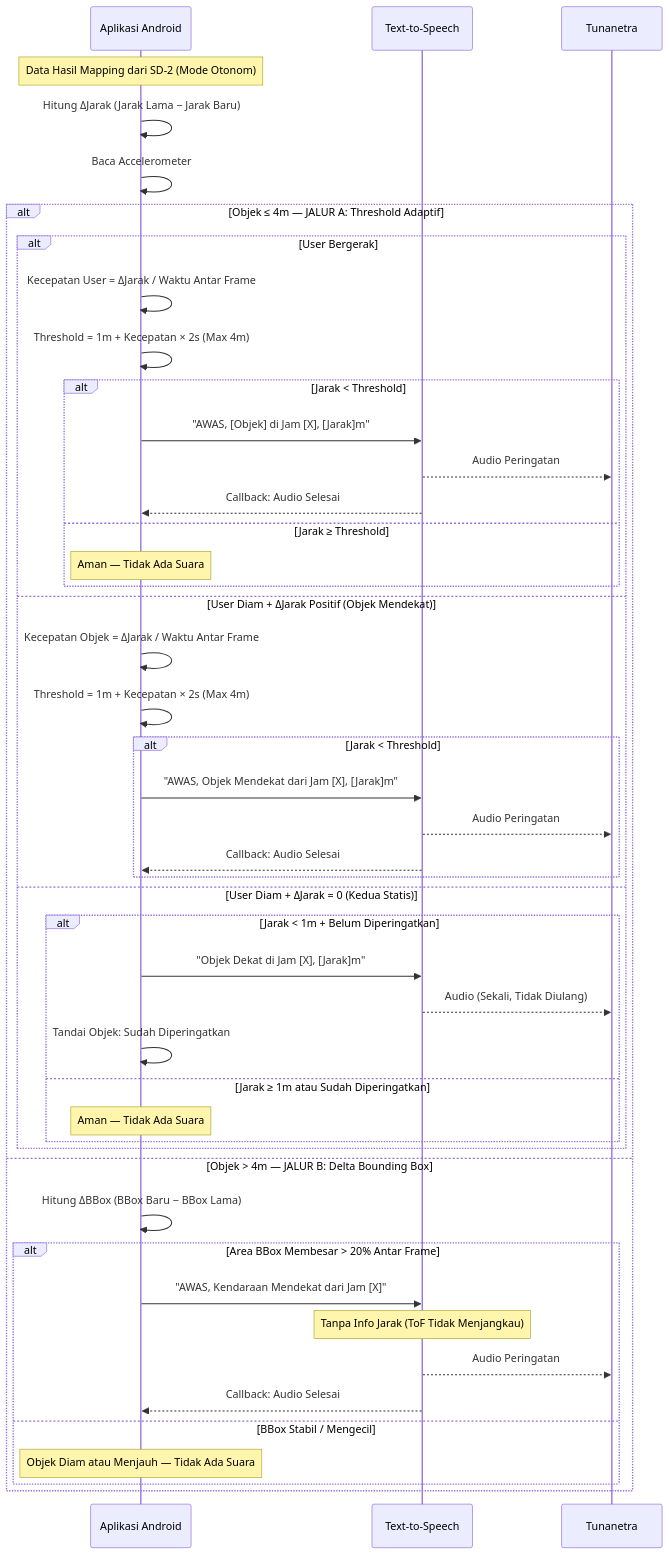
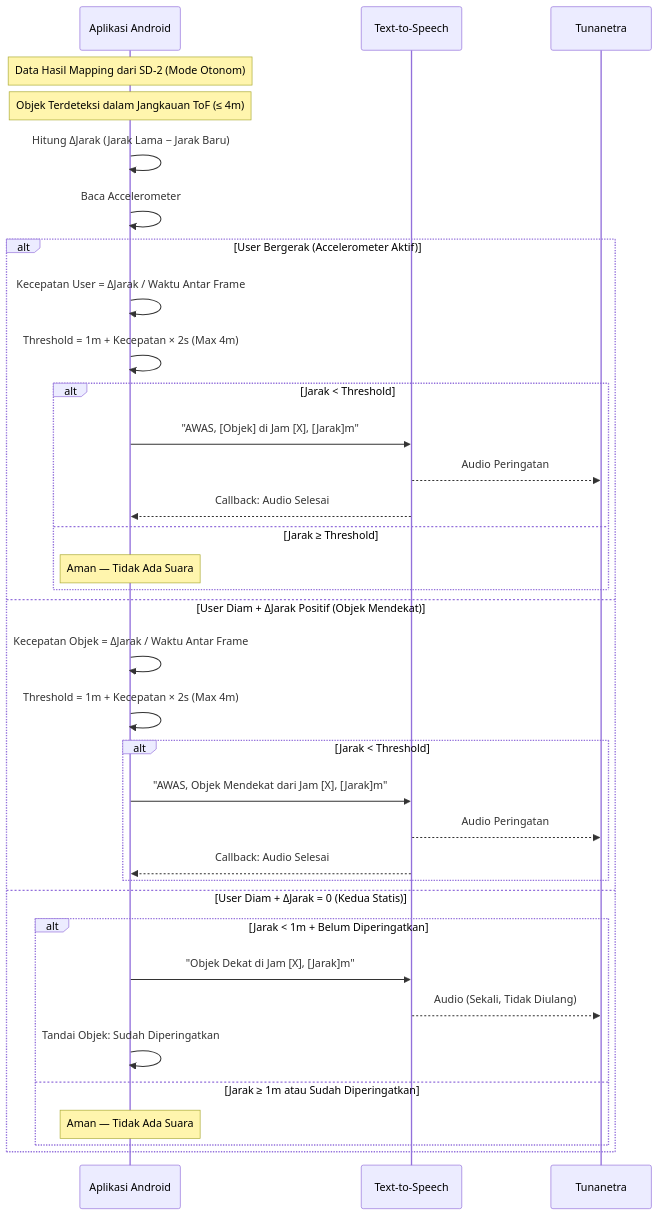
The fifth of 10 diagrams in sequence-diagram.md (aan-andiyanaS/draf), drawn with Mermaid before and after one commit. The commit also changed other lines of this file, not shown here.

Commit message:
edir sequrnce diagram

````diff
--- a/sequence-diagram.md
+++ b/sequence-diagram.md
@@ -359,53 +359,42 @@
 ```mermaid
 sequenceDiagram
     participant App as Aplikasi Android
     participant TTS as Text-to-Speech
     participant TN as Tunanetra
 
     Note over App: Data Hasil Mapping dari SD-2 (Mode Otonom)
+    Note over App: Objek Terdeteksi dalam Jangkauan ToF (≤ 4m)
+
     App->>App: Hitung ΔJarak (Jarak Lama − Jarak Baru)
     App->>App: Baca Accelerometer
 
-    alt Objek ≤ 4m — JALUR A: Threshold Adaptif
-        alt User Bergerak
-            App->>App: Kecepatan User = ΔJarak / Waktu Antar Frame
-            App->>App: Threshold = 1m + Kecepatan × 2s (Max 4m)
-            alt Jarak < Threshold
-                App->>TTS: "AWAS, [Objek] di Jam [X], [Jarak]m"
-                TTS-->>TN: Audio Peringatan
-                TTS-->>App: Callback: Audio Selesai
-            else Jarak ≥ Threshold
-                Note over App: Aman — Tidak Ada Suara
-            end
-
-        else User Diam + ΔJarak Positif (Objek Mendekat)
-            App->>App: Kecepatan Objek = ΔJarak / Waktu Antar Frame
-            App->>App: Threshold = 1m + Kecepatan × 2s (Max 4m)
-            alt Jarak < Threshold
-                App->>TTS: "AWAS, Objek Mendekat dari Jam [X], [Jarak]m"
-                TTS-->>TN: Audio Peringatan
-                TTS-->>App: Callback: Audio Selesai
-            end
-
-        else User Diam + ΔJarak = 0 (Kedua Statis)
-            alt Jarak < 1m + Belum Diperingatkan
-                App->>TTS: "Objek Dekat di Jam [X], [Jarak]m"
-                TTS-->>TN: Audio (Sekali, Tidak Diulang)
-                App->>App: Tandai Objek: Sudah Diperingatkan
-            else Jarak ≥ 1m atau Sudah Diperingatkan
-                Note over App: Aman — Tidak Ada Suara
-            end
+    alt User Bergerak (Accelerometer Aktif)
+        App->>App: Kecepatan User = ΔJarak / Waktu Antar Frame
+        App->>App: Threshold = 1m + Kecepatan × 2s (Max 4m)
+        alt Jarak < Threshold
+            App->>TTS: "AWAS, [Objek] di Jam [X], [Jarak]m"
+            TTS-->>TN: Audio Peringatan
+            TTS-->>App: Callback: Audio Selesai
+        else Jarak ≥ Threshold
+            Note over App: Aman — Tidak Ada Suara
         end
 
-    else Objek > 4m — JALUR B: Delta Bounding Box
-        App->>App: Hitung ΔBBox (BBox Baru − BBox Lama)
-        alt Area BBox Membesar > 20% Antar Frame
-            App->>TTS: "AWAS, Kendaraan Mendekat dari Jam [X]"
-            Note over TTS: Tanpa Info Jarak (ToF Tidak Menjangkau)
+    else User Diam + ΔJarak Positif (Objek Mendekat)
+        App->>App: Kecepatan Objek = ΔJarak / Waktu Antar Frame
+        App->>App: Threshold = 1m + Kecepatan × 2s (Max 4m)
+        alt Jarak < Threshold
+            App->>TTS: "AWAS, Objek Mendekat dari Jam [X], [Jarak]m"
             TTS-->>TN: Audio Peringatan
             TTS-->>App: Callback: Audio Selesai
-        else BBox Stabil / Mengecil
-            Note over App: Objek Diam atau Menjauh — Tidak Ada Suara
+        end
+
+    else User Diam + ΔJarak = 0 (Kedua Statis)
+        alt Jarak < 1m + Belum Diperingatkan
+            App->>TTS: "Objek Dekat di Jam [X], [Jarak]m"
+            TTS-->>TN: Audio (Sekali, Tidak Diulang)
+            App->>App: Tandai Objek: Sudah Diperingatkan
+        else Jarak ≥ 1m atau Sudah Diperingatkan
+            Note over App: Aman — Tidak Ada Suara
         end
     end
 ```
````
